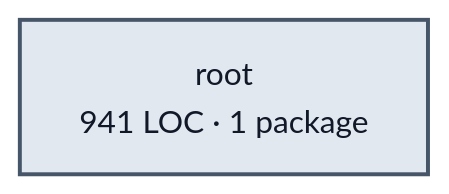
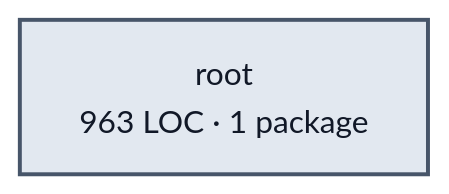
One commit to portpowered/you-agent-factory changed the diagram in docs/architecture/visualizations/services/edges.md. Above: the diagram before and after it, drawn with Mermaid. The commit also changed other lines of this file and 20 other files, not shown here.

Commit message:
docs: refresh backend architecture visualizations

````diff
--- a/docs/architecture/visualizations/services/edges.md
+++ b/docs/architecture/visualizations/services/edges.md
@@ -11,5 +11,5 @@
 ```mermaid
 flowchart LR
-  p0["root<br/>941 LOC · 1 package"]
+  p0["root<br/>963 LOC · 1 package"]
   style p0 fill:#e2e8f0,stroke:#475569,stroke-width:2px,color:#111827
 ```
````
